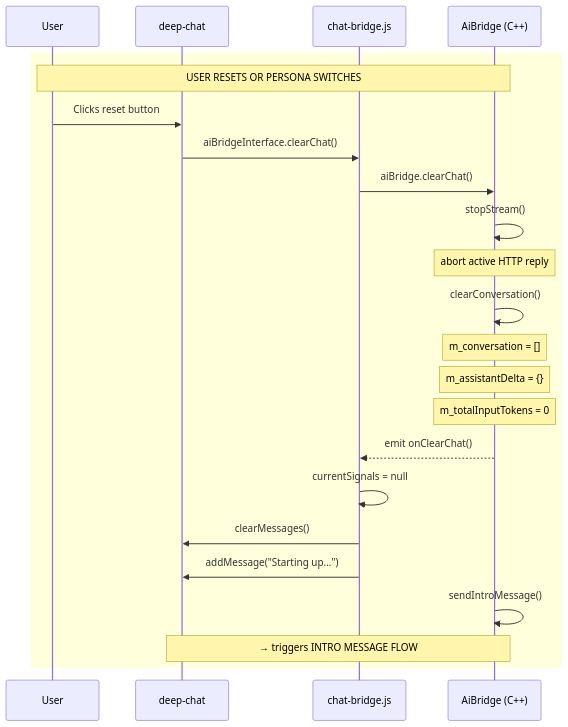
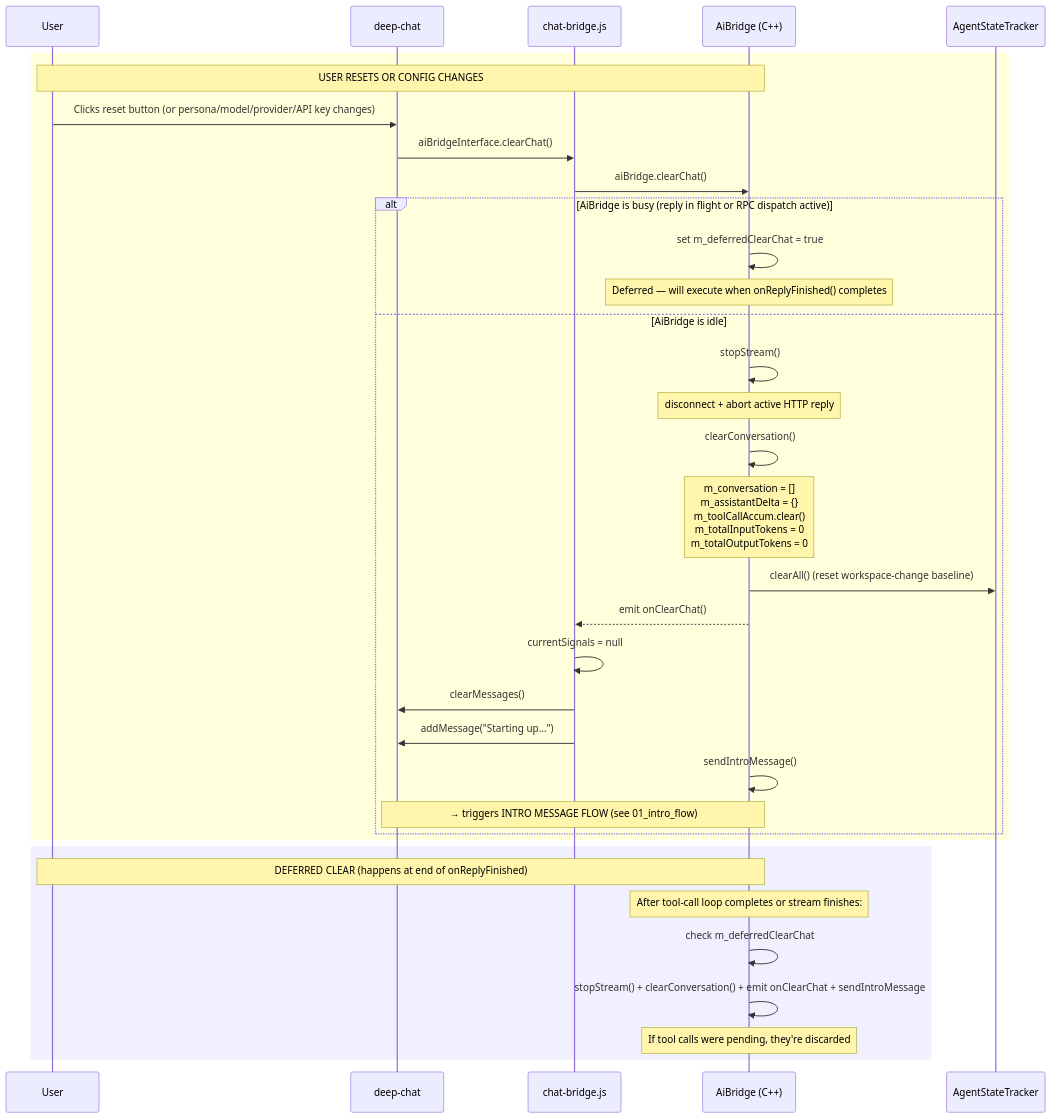
The diagram in Docs/development/aiBridge/04_clear_chat_flow.mmd (jasp-stats/jasp-desktop), drawn with Mermaid before and after one commit. The commit also changed 14 other files, not shown here.

```diff
--- a/Docs/development/aiBridge/04_clear_chat_flow.mmd
+++ b/Docs/development/aiBridge/04_clear_chat_flow.mmd
@@ -1,24 +1,38 @@
 sequenceDiagram
     participant User
     participant DC as deep-chat
     participant JS as chat-bridge.js
     participant CPP as AiBridge (C++)
+    participant AST as AgentStateTracker
 
     rect rgb(255, 255, 220)
-        Note over User,CPP: USER RESETS OR PERSONA SWITCHES
-        User->>DC: Clicks reset button
+        Note over User,CPP: USER RESETS OR CONFIG CHANGES
+        User->>DC: Clicks reset button (or persona/model/provider/API key changes)
         DC->>JS: aiBridgeInterface.clearChat()
         JS->>CPP: aiBridge.clearChat()
-        CPP->>CPP: stopStream()
-        Note over CPP: abort active HTTP reply
-        CPP->>CPP: clearConversation()
-        Note over CPP: m_conversation = []
-        Note over CPP: m_assistantDelta = {}
-        Note over CPP: m_totalInputTokens = 0
-        CPP-->>JS: emit onClearChat()
-        JS->>JS: currentSignals = null
-        JS->>DC: clearMessages()
-        JS->>DC: addMessage("Starting up…")
-        CPP->>CPP: sendIntroMessage()
-        Note over CPP,DC: → triggers INTRO MESSAGE FLOW
+
+        alt AiBridge is busy (reply in flight or RPC dispatch active)
+            CPP->>CPP: set m_deferredClearChat = true
+            Note over CPP: Deferred — will execute when onReplyFinished() completes
+        else AiBridge is idle
+            CPP->>CPP: stopStream()
+            Note over CPP: disconnect + abort active HTTP reply
+            CPP->>CPP: clearConversation()
+            Note over CPP: m_conversation = []<br/>m_assistantDelta = {}<br/>m_toolCallAccum.clear()<br/>m_totalInputTokens = 0<br/>m_totalOutputTokens = 0
+            CPP->>AST: clearAll() (reset workspace-change baseline)
+            CPP-->>JS: emit onClearChat()
+            JS->>JS: currentSignals = null
+            JS->>DC: clearMessages()
+            JS->>DC: addMessage("Starting up…")
+            CPP->>CPP: sendIntroMessage()
+            Note over CPP,DC: → triggers INTRO MESSAGE FLOW (see 01_intro_flow)
+        end
     end
+
+    rect rgb(240, 240, 255)
+        Note over User,CPP: DEFERRED CLEAR (happens at end of onReplyFinished)
+        Note over CPP: After tool-call loop completes or stream finishes:
+        CPP->>CPP: check m_deferredClearChat
+        CPP->>CPP: stopStream() + clearConversation() + emit onClearChat + sendIntroMessage
+        Note over CPP: If tool calls were pending, they're discarded
+    end
```
